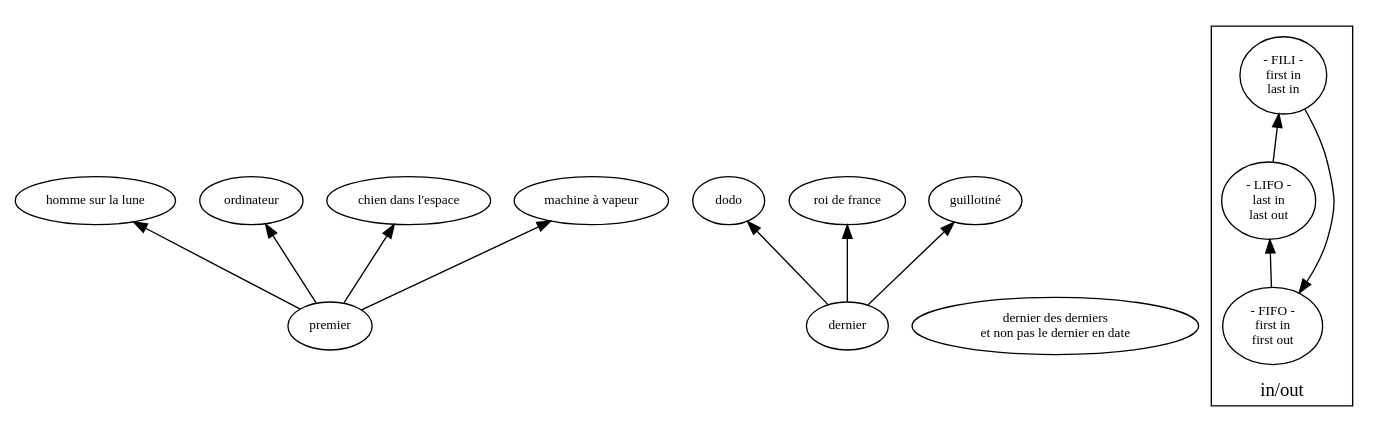
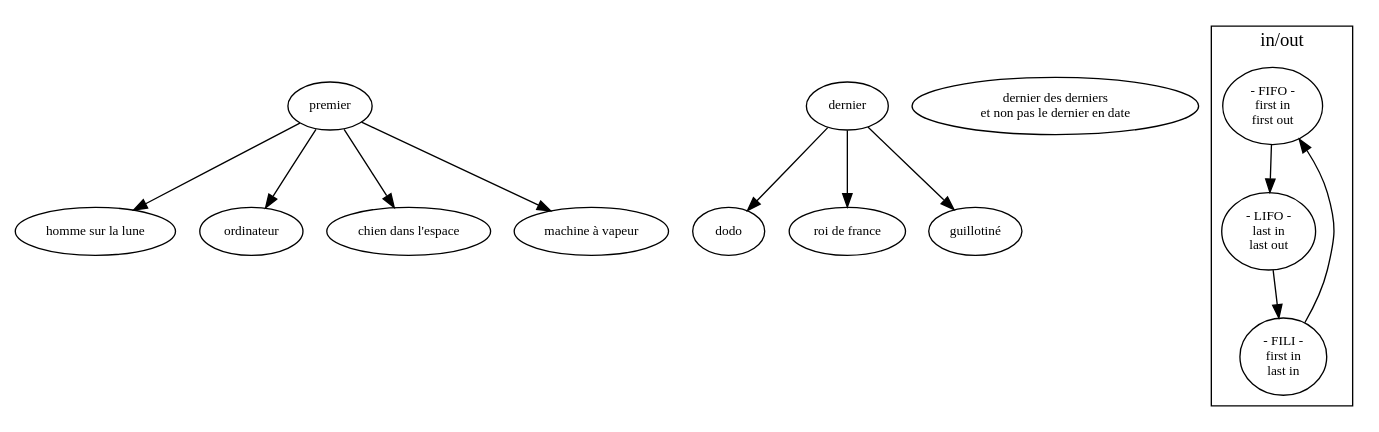
One commit to ensad-nancy/first-last changed the diagram in sujet.dot. Above: the diagram before and after it, drawn with Graphviz.

Commit message:
+	rankdir="TB"

```diff
--- a/sujet.dot
+++ b/sujet.dot
@@ -1,34 +1,34 @@
 digraph {
 
 	fontname="myriadpro"
 	fontsize = 14
-	rankdir="BT"
+	rankdir="TB"
 	node [fontname="myriadpro", fontsize = 10]
 	edge [fontname="monaco", fontsize = 9]
 	
 	first [label="premier"]
 	last [label="dernier"]
 	
 	"dernier des derniers\n et non pas le dernier en date" 
 
 	first -> "homme sur la lune"
 	first -> "ordinateur"
 	first -> "chien dans l'espace"
 	first -> "machine à vapeur"
 	
 	last -> dodo
 	last -> "roi de france"
 	last -> "guillotiné"
 
 	subgraph cluster_FO{
 	
 		label="in/out"
 		
 		FIFO [label="- FIFO -\nfirst in\nfirst out"]
 		LIFO [label="- LIFO -\nlast in\nlast out"]
 		FILI [label="- FILI -\nfirst in\n last in"]
 
 		FILI -> FIFO -> LIFO -> FILI
 	}
 	
 }
```
